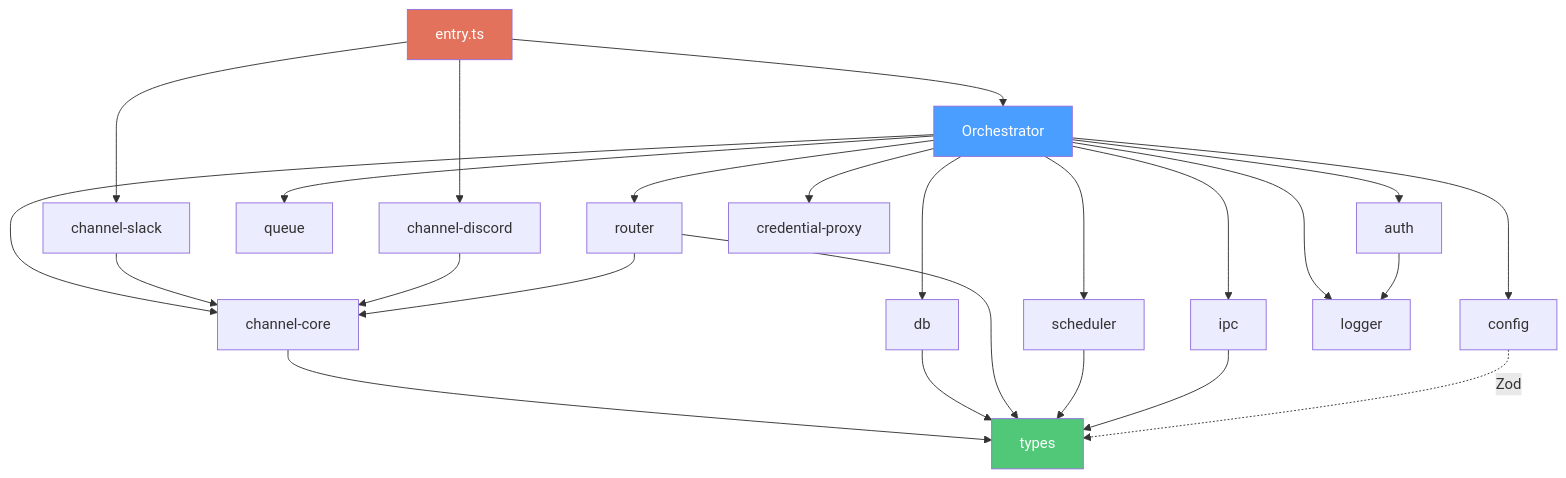
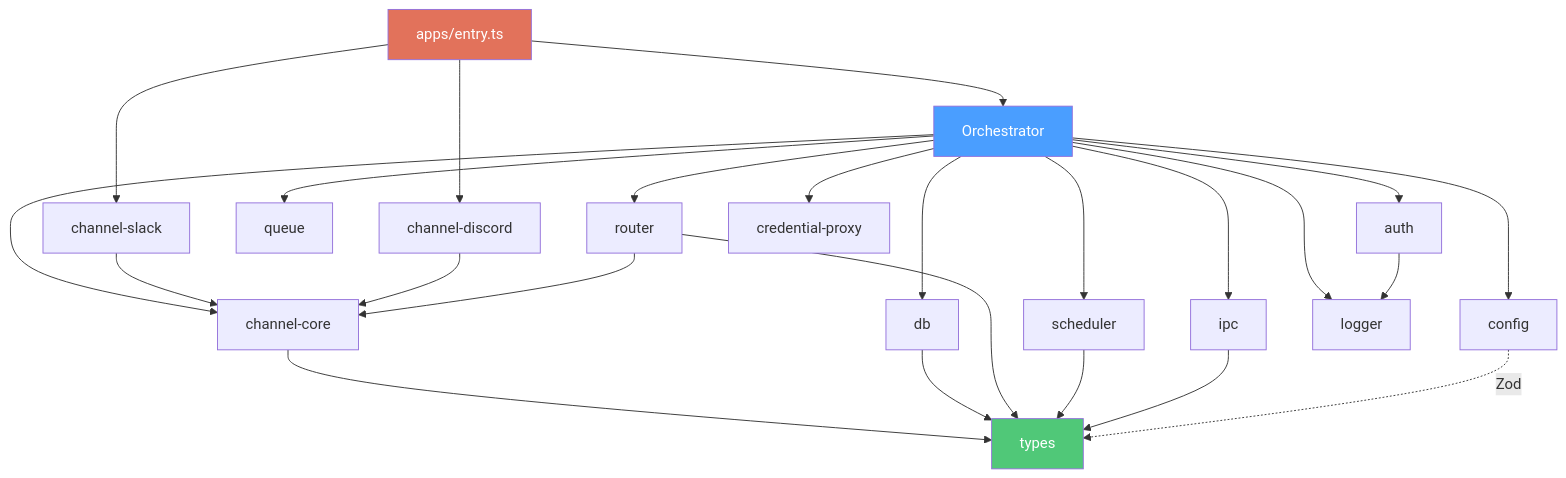
Before and after one commit to yukihirop/nagi: the third of 3 diagrams in docs/architecture.md, drawn with Mermaid. The commit also changed other lines of this file and 15 other files, not shown here.

First line of the commit message:
Move entry.ts and entry.template.ts to apps/ directory

````diff
--- a/docs/architecture.md
+++ b/docs/architecture.md
@@ -74,33 +74,33 @@
 ```mermaid
 graph TD
-    Entry["entry.ts"] --> Orchestrator
+    Entry["apps/entry.ts"] --> Orchestrator
     Entry --> ChannelSlack["channel-slack"]
     Entry --> ChannelDiscord["channel-discord"]
 
     Orchestrator --> ChannelCore["channel-core"]
     Orchestrator --> DB["db"]
     Orchestrator --> Queue["queue"]
     Orchestrator --> Scheduler["scheduler"]
     Orchestrator --> IPC["ipc"]
     Orchestrator --> Router["router"]
     Orchestrator --> Auth["auth"]
     Orchestrator --> Config["config"]
     Orchestrator --> Logger["logger"]
     Orchestrator --> CredProxy["credential-proxy"]
 
     ChannelSlack --> ChannelCore
     ChannelDiscord --> ChannelCore
     ChannelCore --> Types["types"]
 
     DB --> Types
     Router --> Types
     Router --> ChannelCore
     Scheduler --> Types
     IPC --> Types
     Auth --> Logger
     Config -.->|Zod| Types
 
     style Entry fill:#e2725b,color:#fff
     style Orchestrator fill:#4a9eff,color:#fff
     style Types fill:#50c878,color:#fff
 ```
````
